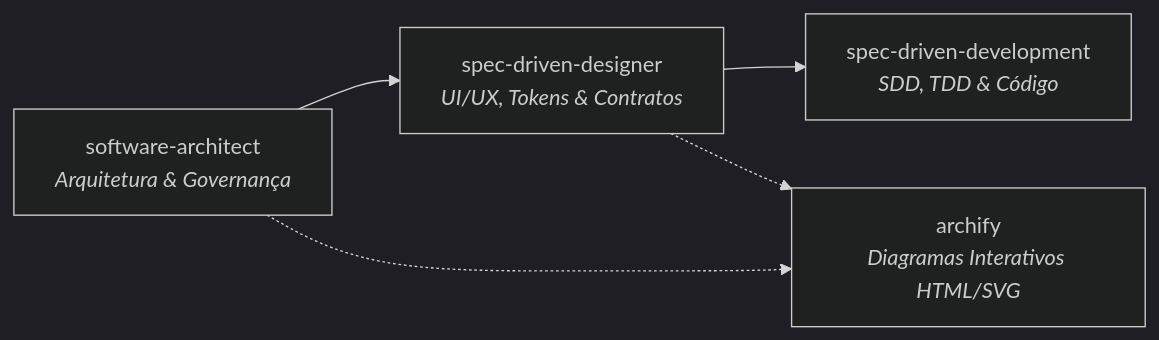
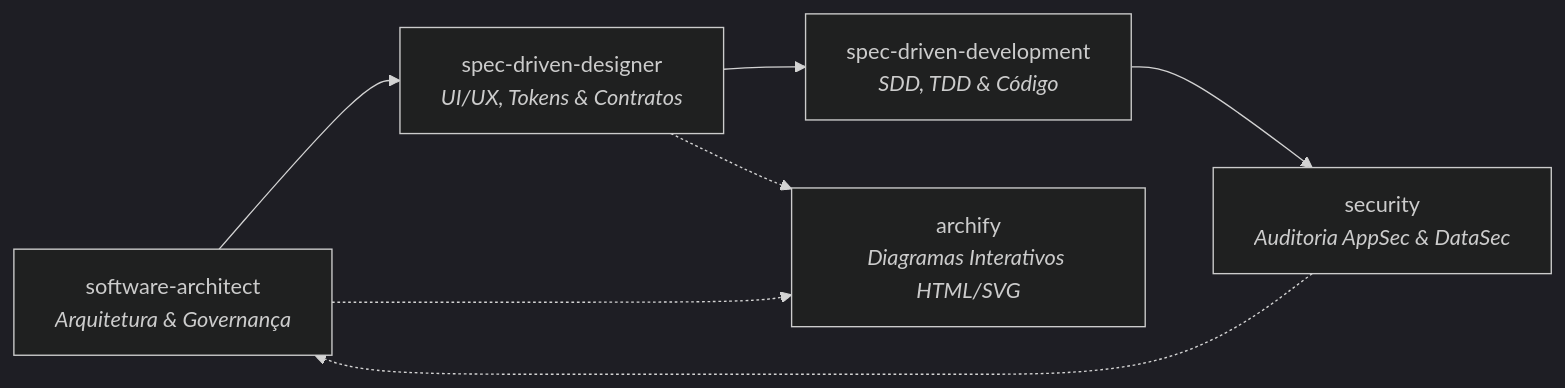
One commit to nsouzarj/skillexemplos changed the diagram in README.md. Above: the diagram before and after it, drawn with Mermaid (dark theme). The commit also changed other lines of this file and 1 other file, not shown here.

````diff
--- a/README.md
+++ b/README.md
@@ -11,7 +11,9 @@
 ```mermaid
 flowchart LR
     A[software-architect<br/><i>Arquitetura & Governança</i>] --> B[spec-driven-designer<br/><i>UI/UX, Tokens & Contratos</i>]
     B --> C[spec-driven-development<br/><i>SDD, TDD & Código</i>]
+    C --> E[security<br/><i>Auditoria AppSec & DataSec</i>]
     A -.-> D[archify<br/><i>Diagramas Interativos HTML/SVG</i>]
     B -.-> D
+    E -.-> A
 ```
````
